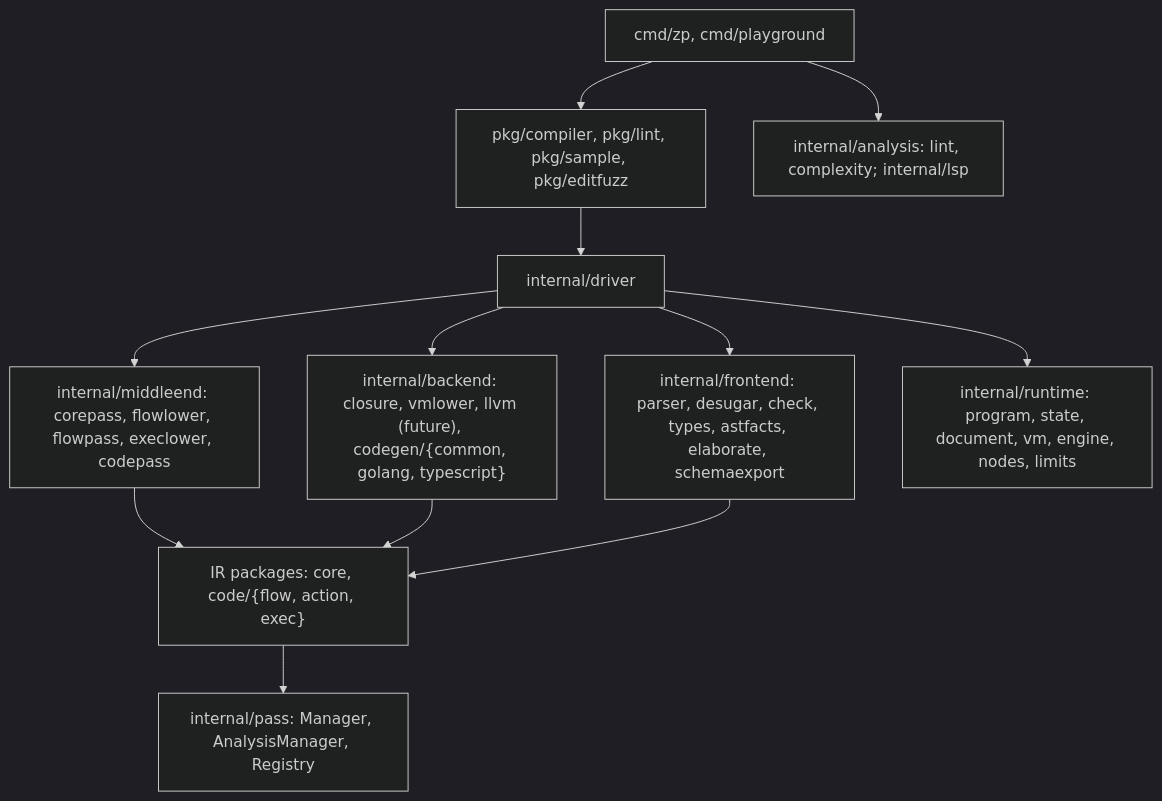
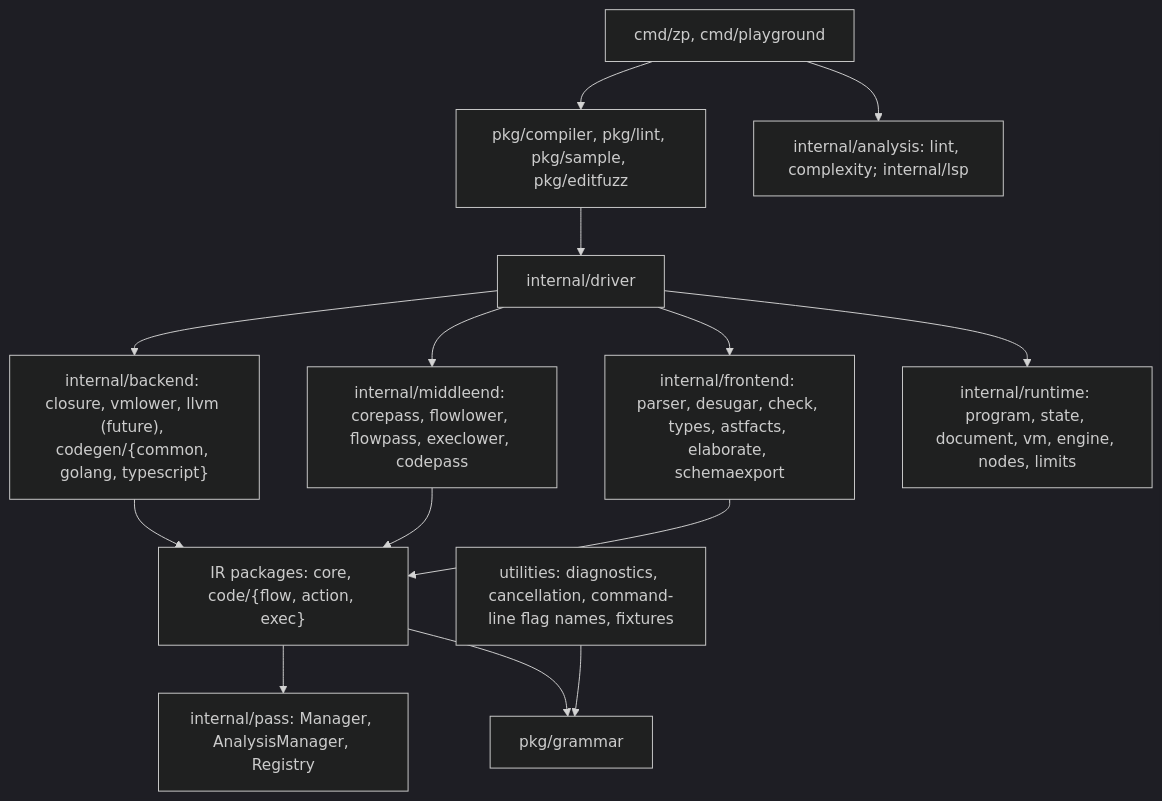
The diagram in docs/design/records/072-release-package-layout.md (syntaxir/syntaxir), drawn with Mermaid (dark theme) before and after one commit. The commit also changed other lines of this file, not shown here.

Commit message:
Let the utility layer import the grammar package in the layout record
Diagnostics carry source positions from the grammar AST, so the utility
packages may import the public grammar package. State it in the layer
rules and draw the edge.

Refs #275

````diff
--- a/docs/design/records/072-release-package-layout.md
+++ b/docs/design/records/072-release-package-layout.md
@@ -125,14 +127,16 @@
 ```mermaid
 flowchart TD
   cmd["cmd/zp, cmd/playground"] --> pub["pkg/compiler, pkg/lint, pkg/sample, pkg/editfuzz"]
   pub --> driver["internal/driver"]
   driver --> backend["internal/backend: closure, vmlower, llvm (future), codegen/{common, golang, typescript}"]
   driver --> middle["internal/middleend: corepass, flowlower, flowpass, execlower, codepass"]
   driver --> front["internal/frontend: parser, desugar, check, types, astfacts, elaborate, schemaexport"]
   middle --> ir["IR packages: core, code/{flow, action, exec}"]
   backend --> ir
   front --> ir
   ir --> pass["internal/pass: Manager, AnalysisManager, Registry"]
+  util["utilities: diagnostics, cancellation, command-line flag names, fixtures"] --> gram["pkg/grammar"]
+  ir --> gram
   cmd --> analysis["internal/analysis: lint, complexity; internal/lsp"]
   driver --> rt["internal/runtime: program, state, document, vm, engine, nodes, limits"]
 ```
````
